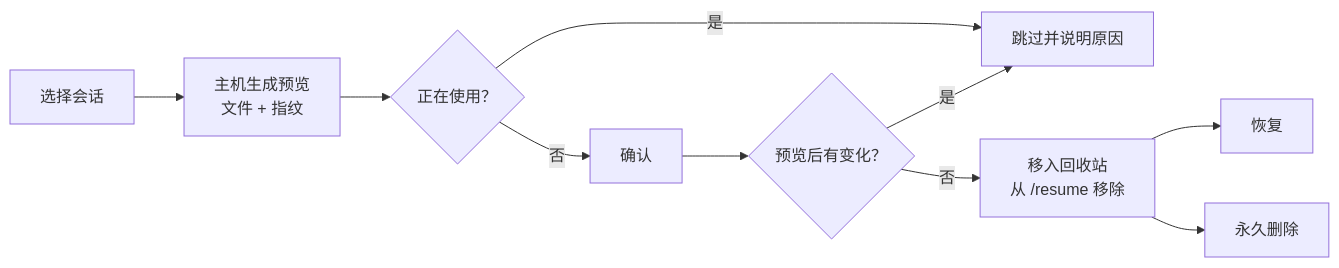
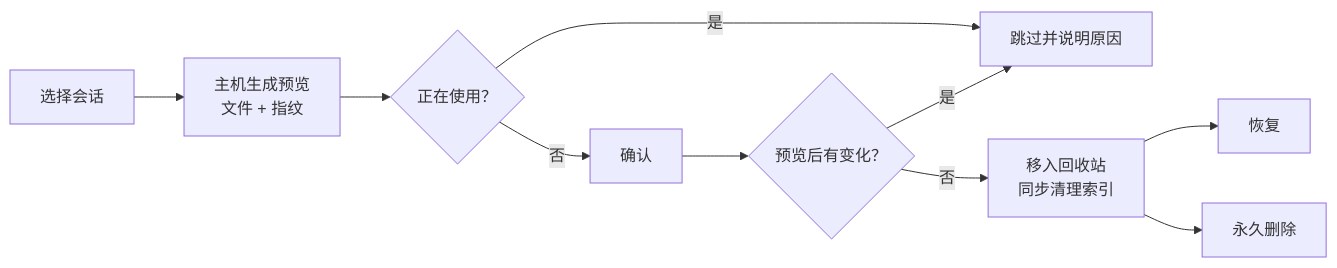
The first of 2 diagrams in README.zh-CN.md (jjayjackie/SessionManager), drawn with Mermaid before and after one commit. The commit also changed other lines of this file and 7 other files, not shown here.

````diff
--- a/README.zh-CN.md
+++ b/README.zh-CN.md
@@ -57,11 +70,11 @@
 ```mermaid
 flowchart LR
   A[选择会话] --> B[主机生成预览<br/>文件 + 指纹]
   B --> C{正在使用？}
   C -- 是 --> D[跳过并说明原因]
   C -- 否 --> E[确认]
   E --> F{预览后有变化？}
   F -- 是 --> D
-  F -- 否 --> G[移入回收站<br/>从 /resume 移除]
+  F -- 否 --> G[移入回收站<br/>同步清理索引]
   G --> H[恢复] & I[永久删除]
 ```
````
